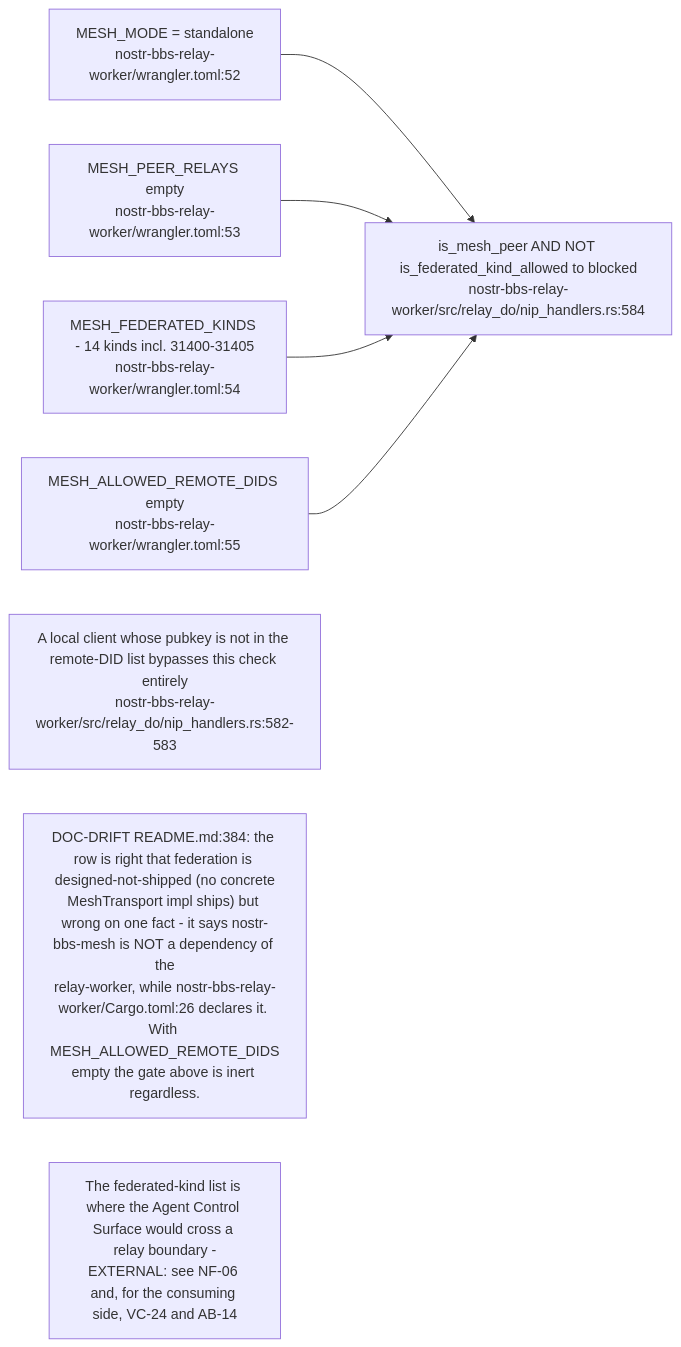
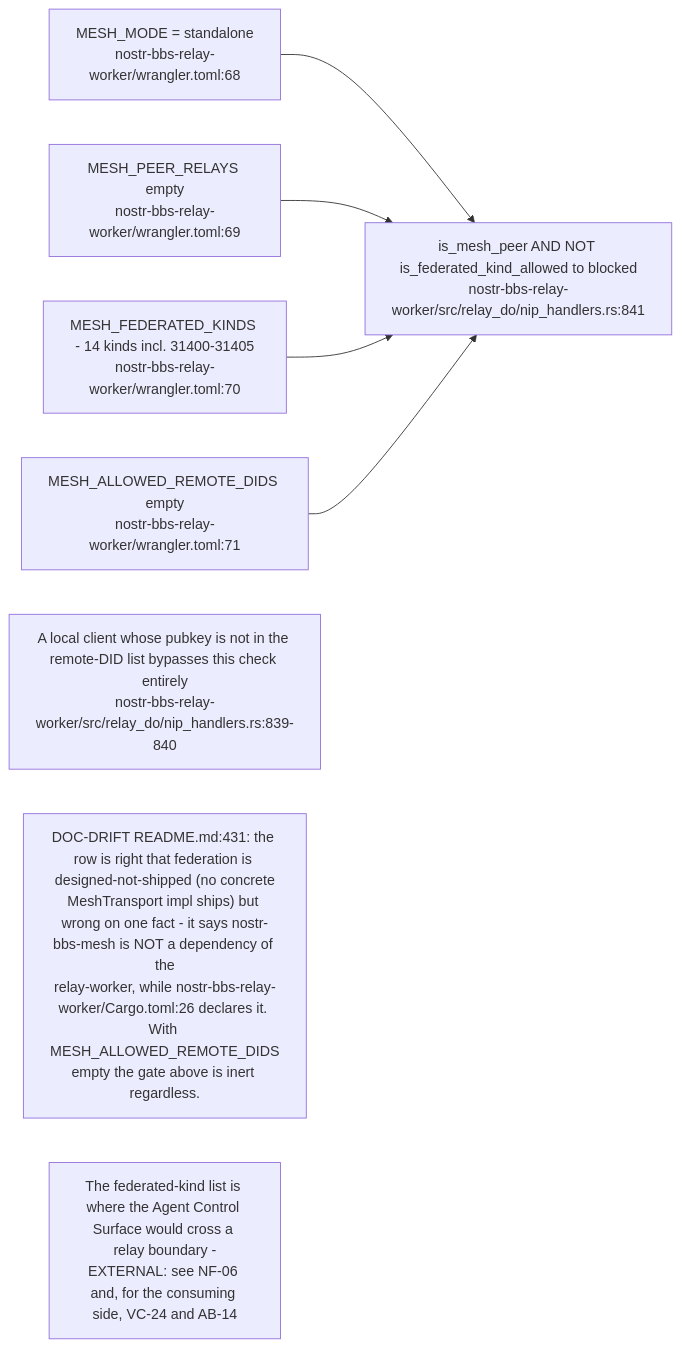
Diagram 13 of 14 in docs/diagrams/nostr-rust-forum/03-relay-worker-admission-auth-and-trust.md (DreamLab-AI/VisionFlow), drawn with Mermaid before and after one commit. The commit also changed other lines of this file and 11 other files, not shown here.

````diff
--- a/docs/diagrams/nostr-rust-forum/03-relay-worker-admission-auth-and-trust.md
+++ b/docs/diagrams/nostr-rust-forum/03-relay-worker-admission-auth-and-trust.md
@@ -336,14 +341,14 @@
 ```mermaid
 flowchart LR
-    MODE["MESH_MODE = standalone<br/>nostr-bbs-relay-worker/wrangler.toml:52"]
-    PEERS["MESH_PEER_RELAYS empty<br/>nostr-bbs-relay-worker/wrangler.toml:53"]
-    KINDS["MESH_FEDERATED_KINDS - 14 kinds incl. 31400-31405<br/>nostr-bbs-relay-worker/wrangler.toml:54"]
-    DIDS["MESH_ALLOWED_REMOTE_DIDS empty<br/>nostr-bbs-relay-worker/wrangler.toml:55"]
-    GATE["is_mesh_peer AND NOT is_federated_kind_allowed to blocked<br/>nostr-bbs-relay-worker/src/relay_do/nip_handlers.rs:584"]
+    MODE["MESH_MODE = standalone<br/>nostr-bbs-relay-worker/wrangler.toml:68"]
+    PEERS["MESH_PEER_RELAYS empty<br/>nostr-bbs-relay-worker/wrangler.toml:69"]
+    KINDS["MESH_FEDERATED_KINDS - 14 kinds incl. 31400-31405<br/>nostr-bbs-relay-worker/wrangler.toml:70"]
+    DIDS["MESH_ALLOWED_REMOTE_DIDS empty<br/>nostr-bbs-relay-worker/wrangler.toml:71"]
+    GATE["is_mesh_peer AND NOT is_federated_kind_allowed to blocked<br/>nostr-bbs-relay-worker/src/relay_do/nip_handlers.rs:841"]
 
     MODE & PEERS & KINDS & DIDS --> GATE
 
-    N1["A local client whose pubkey is not in the remote-DID list bypasses this check entirely<br/>nostr-bbs-relay-worker/src/relay_do/nip_handlers.rs:582-583"]
-    N2["DOC-DRIFT README.md:384: the row is right that federation is designed-not-shipped (no concrete<br/>MeshTransport impl ships) but wrong on one fact - it says nostr-bbs-mesh is NOT a dependency of the<br/>relay-worker, while nostr-bbs-relay-worker/Cargo.toml:26 declares it. With MESH_ALLOWED_REMOTE_DIDS<br/>empty the gate above is inert regardless."]
+    N1["A local client whose pubkey is not in the remote-DID list bypasses this check entirely<br/>nostr-bbs-relay-worker/src/relay_do/nip_handlers.rs:839-840"]
+    N2["DOC-DRIFT README.md:431: the row is right that federation is designed-not-shipped (no concrete<br/>MeshTransport impl ships) but wrong on one fact - it says nostr-bbs-mesh is NOT a dependency of the<br/>relay-worker, while nostr-bbs-relay-worker/Cargo.toml:26 declares it. With MESH_ALLOWED_REMOTE_DIDS<br/>empty the gate above is inert regardless."]
     N3["The federated-kind list is where the Agent Control Surface would cross a relay boundary -<br/>EXTERNAL: see NF-06 and, for the consuming side, VC-24 and AB-14"]
 ```
````
